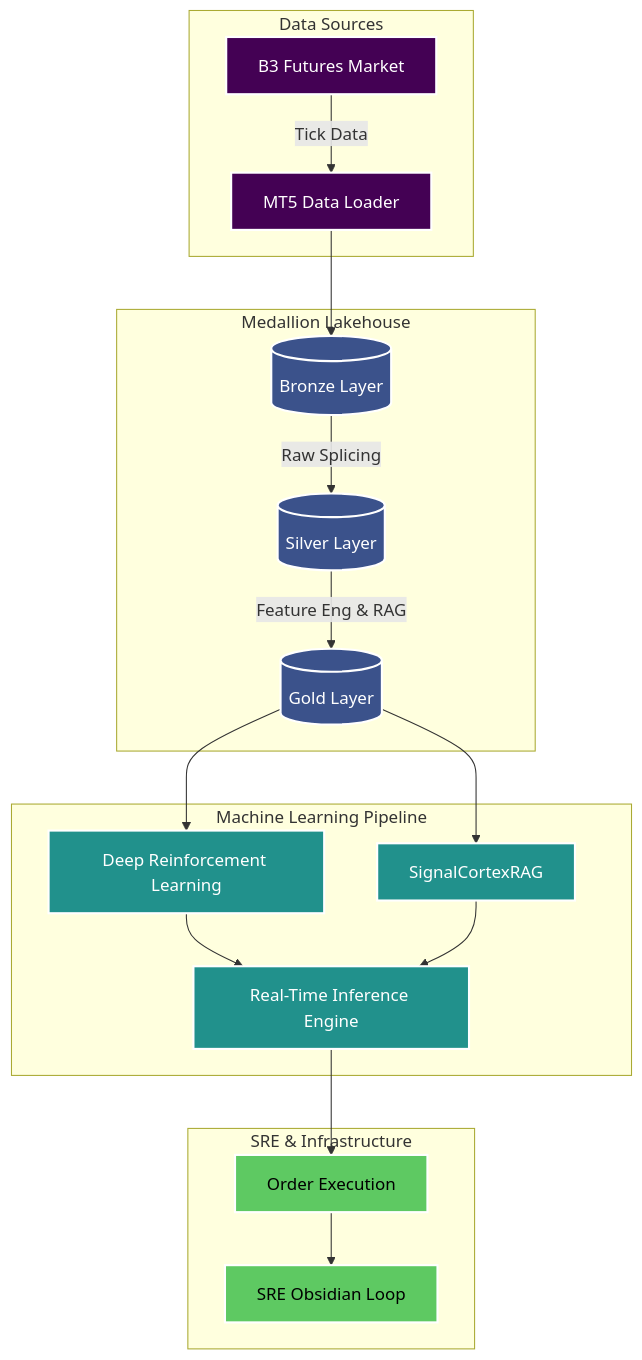
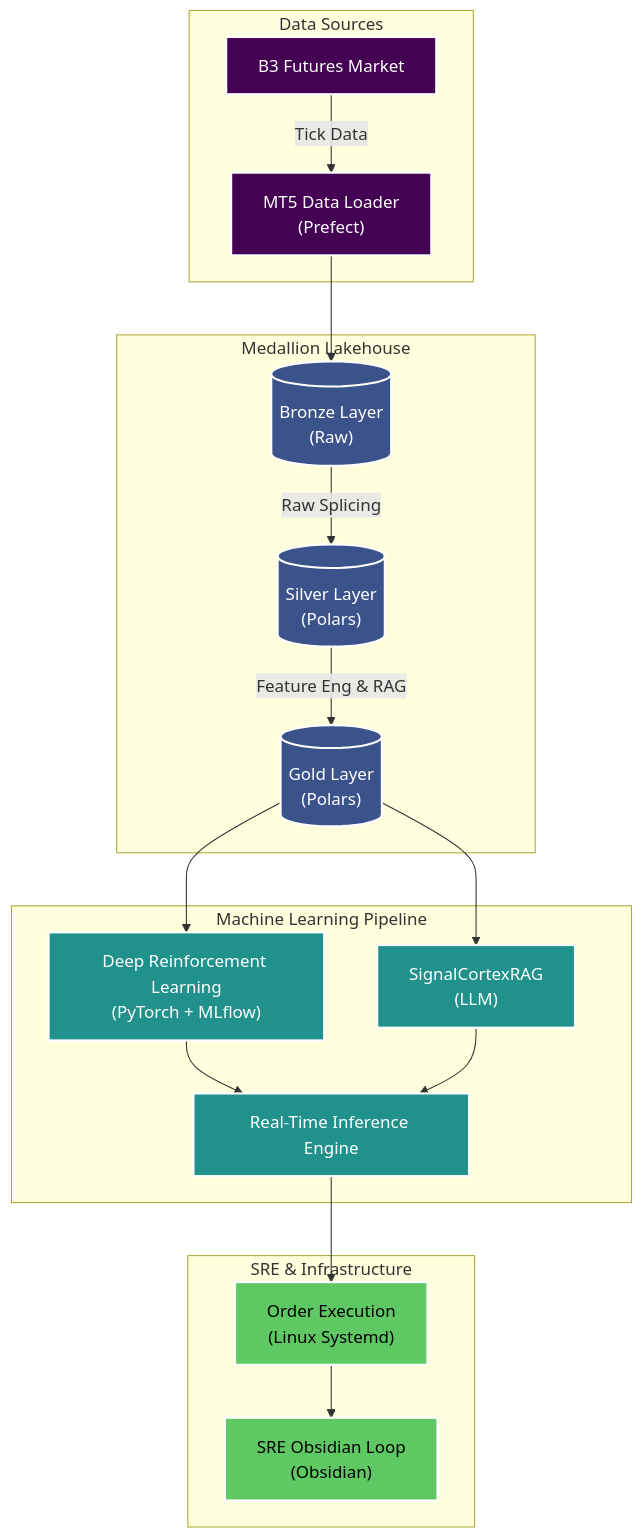
The diagram in README.md (LucianoBritis/mlops-architecture-showcase), drawn with Mermaid before and after one commit.

Commit message:
docs: Map specific tech tools inside the Mermaid architecture diagram

````diff
--- a/README.md
+++ b/README.md
@@ -21,29 +21,29 @@
 ```mermaid
 graph TD
     classDef source fill:#440154,color:#fff,stroke:#fff,stroke-width:2px;
     classDef medallion fill:#3B528B,color:#fff,stroke:#fff,stroke-width:2px;
     classDef ml fill:#21918C,color:#fff,stroke:#fff,stroke-width:2px;
     classDef sre fill:#5EC962,color:#000,stroke:#fff,stroke-width:2px;
 
     subgraph Data Sources
-        B3[B3 Futures Market]:::source --> |Tick Data| Ingest[MT5 Data Loader]:::source
+        B3["B3 Futures Market"]:::source --> |Tick Data| Ingest["MT5 Data Loader<br>(Prefect)"]:::source
     end
 
     subgraph Medallion Lakehouse
-        Ingest --> Bronze[(Bronze Layer)]:::medallion
-        Bronze --> |Raw Splicing| Silver[(Silver Layer)]:::medallion
-        Silver --> |Feature Eng & RAG| Gold[(Gold Layer)]:::medallion
+        Ingest --> Bronze[("Bronze Layer<br>(Raw)")]:::medallion
+        Bronze --> |Raw Splicing| Silver[("Silver Layer<br>(Polars)")]:::medallion
+        Silver --> |Feature Eng & RAG| Gold[("Gold Layer<br>(Polars)")]:::medallion
     end
 
     subgraph Machine Learning Pipeline
-        Gold --> DRL[Deep Reinforcement Learning]:::ml
-        Gold --> Semantic[SignalCortexRAG]:::ml
-        DRL --> Inference[Real-Time Inference Engine]:::ml
+        Gold --> DRL["Deep Reinforcement Learning<br>(PyTorch + MLflow)"]:::ml
+        Gold --> Semantic["SignalCortexRAG<br>(LLM)"]:::ml
+        DRL --> Inference["Real-Time Inference Engine"]:::ml
         Semantic --> Inference
     end
 
     subgraph SRE & Infrastructure
-        Inference --> Exec[Order Execution]:::sre
-        Exec --> Monitor[SRE Obsidian Loop]:::sre
+        Inference --> Exec["Order Execution<br>(Linux Systemd)"]:::sre
+        Exec --> Monitor["SRE Obsidian Loop<br>(Obsidian)"]:::sre
     end
 ```
````
